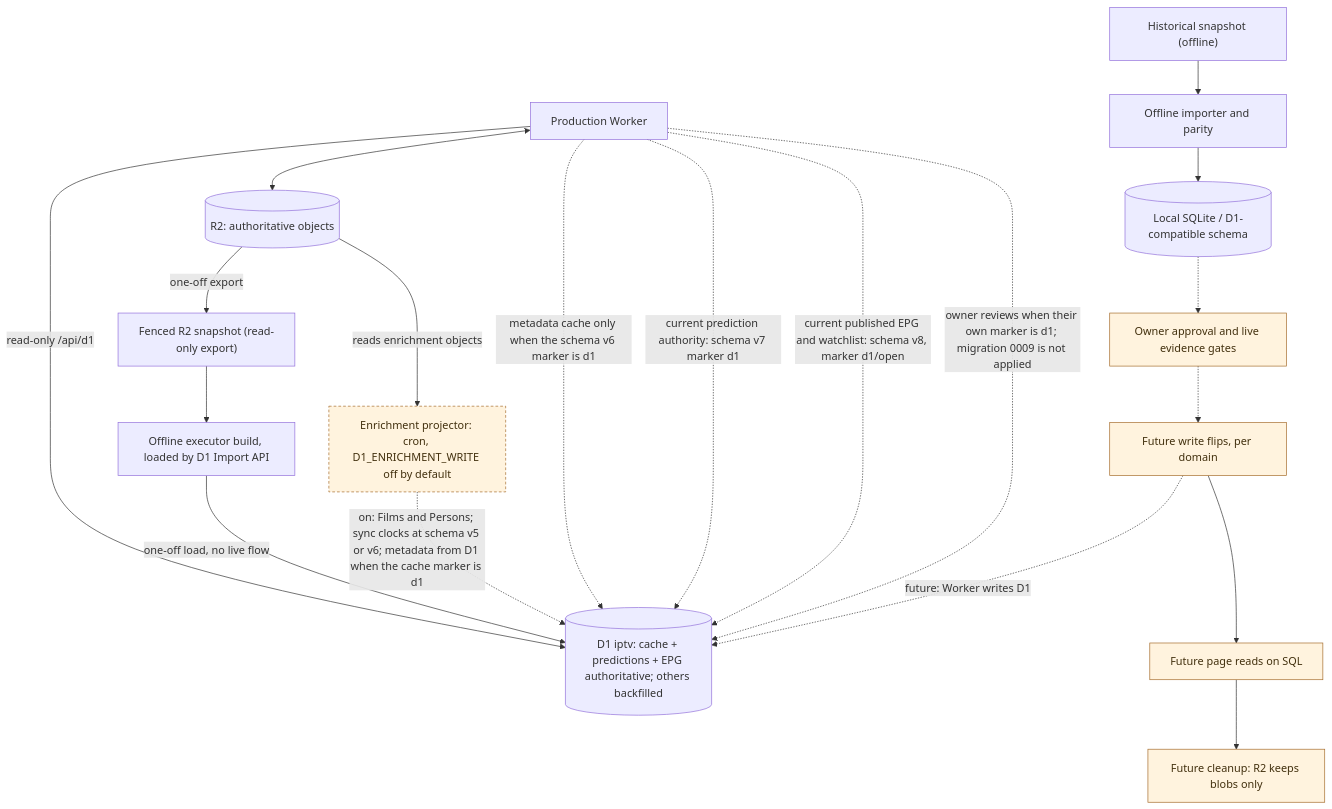
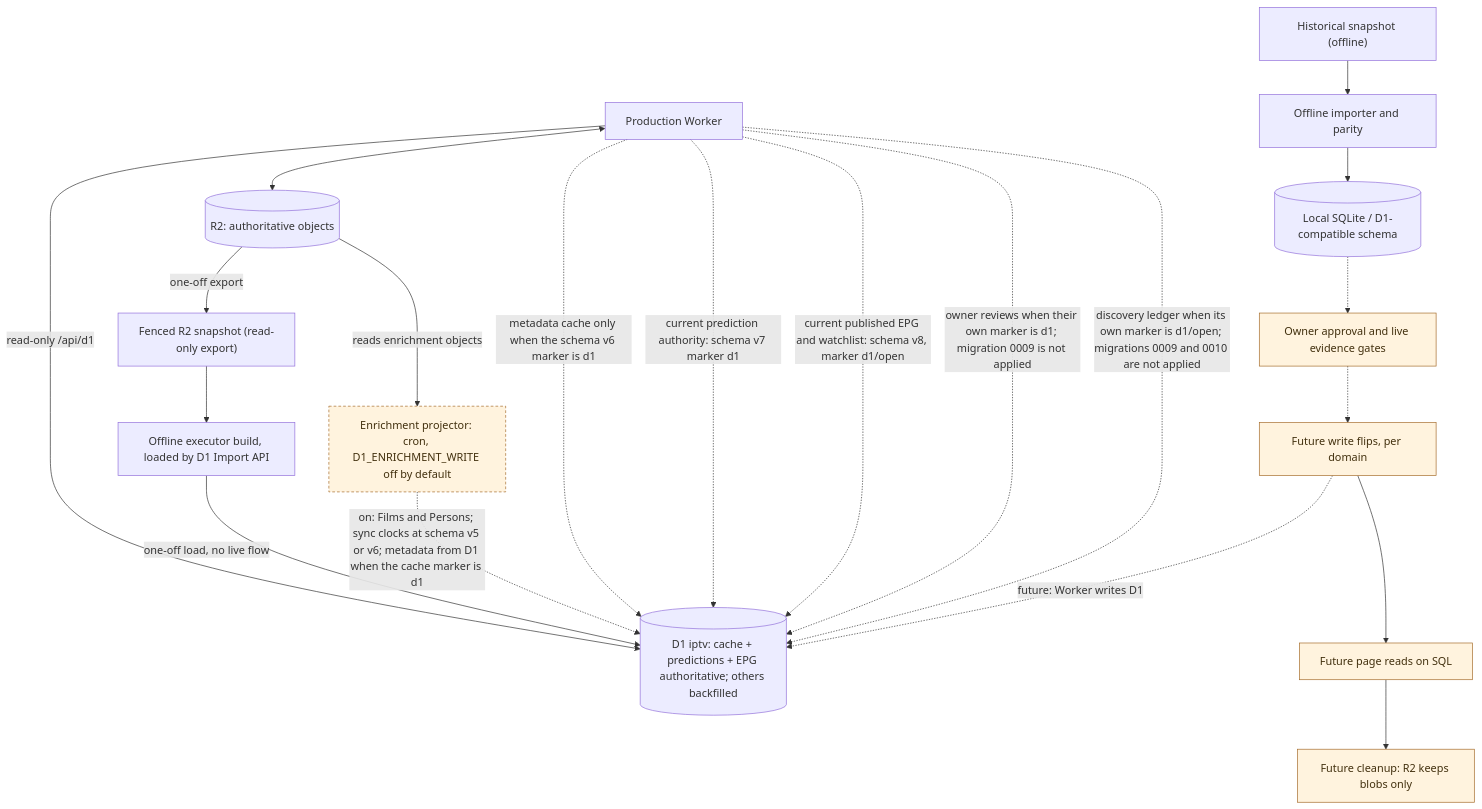
Before and after one commit to vladimino/iptv-watchlist: the diagram in docs/architecture/persistence-and-migration.md, drawn with Mermaid. The commit also changed other lines of this file and 25 other files, not shown here.

First line of the commit message:
[AIR-320] Prepare a D1 discovery ledger that stays on R2

````diff
--- a/docs/architecture/persistence-and-migration.md
+++ b/docs/architecture/persistence-and-migration.md
@@ -5,32 +5,33 @@
 ```mermaid
 flowchart TD
     worker["Production Worker"]
     r2[("R2: authoritative objects")]
     archive["Historical snapshot (offline)"]
     importer["Offline importer and parity"]
     local[("Local SQLite / D1-compatible schema")]
     gate["Owner approval and live evidence gates"]
     snapshot["Fenced R2 snapshot (read-only export)"]
     reload["Offline executor build, loaded by D1 Import API"]
     d1[("D1 iptv: cache + predictions + EPG authoritative; others backfilled")]
     projector["Enrichment projector: cron, D1_ENRICHMENT_WRITE off by default"]
     flipWrite["Future write flips, per domain"]
     flipRead["Future page reads on SQL"]
     retire["Future cleanup: R2 keeps blobs only"]
     worker <--> r2
     worker -->|read-only /api/d1| d1
     archive --> importer --> local
     local -.-> gate
     r2 -->|one-off export| snapshot --> reload -->|one-off load, no live flow| d1
     r2 -->|reads enrichment objects| projector -.->|on: Films and Persons; sync clocks at schema v5 or v6; metadata from D1 when the cache marker is d1| d1
     worker -.->|metadata cache only when the schema v6 marker is d1| d1
     worker -.->|current prediction authority: schema v7 marker d1| d1
     worker -.->|current published EPG and watchlist: schema v8, marker d1/open| d1
     worker -.->|owner reviews when their own marker is d1; migration 0009 is not applied| d1
+    worker -.->|discovery ledger when its own marker is d1/open; migrations 0009 and 0010 are not applied| d1
     gate -.-> flipWrite -.->|future: Worker writes D1| d1
     flipWrite --> flipRead --> retire
     classDef future fill:#fff3de,stroke:#a56c2b,color:#42300e
     classDef gated fill:#fff3de,stroke:#a56c2b,color:#42300e,stroke-dasharray:4 3
     class gate,flipWrite,flipRead,retire future
     class projector gated
 ```
````
